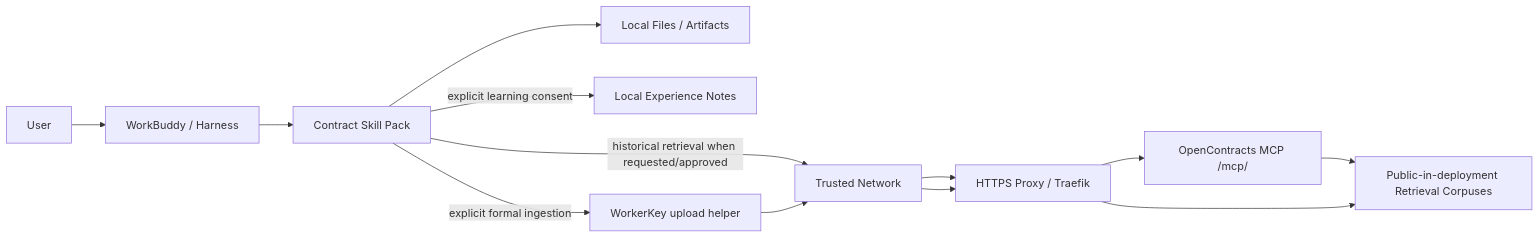
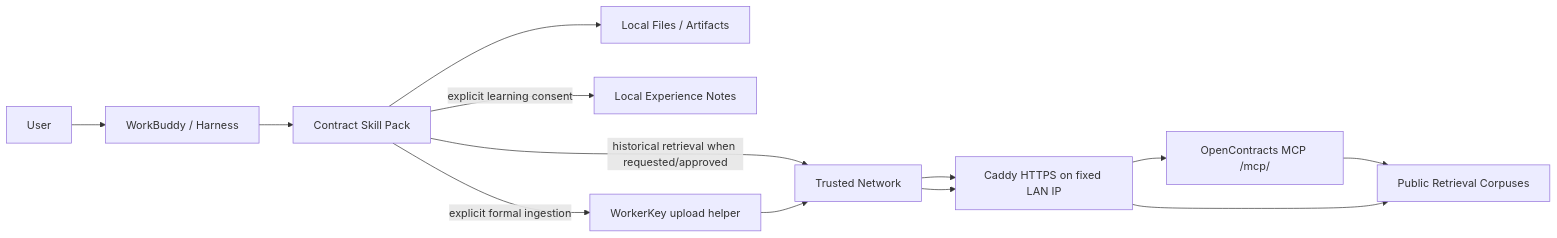
Before and after one commit to Ri0n72Y/ContractBotConfig: the diagram in docs/architecture/system-context.md, drawn with Mermaid. The commit also changed other lines of this file and 14 other files, not shown here.

Commit message:
docs: finalize fixed-IP Caddy deployment and remove stale refactor content

````diff
--- a/docs/architecture/system-context.md
+++ b/docs/architecture/system-context.md
@@ -11,19 +11,19 @@
 ```mermaid
 flowchart LR
     U[User]
     H[WorkBuddy / Harness]
     S[Contract Skill Pack]
     L[Local Files / Artifacts]
     E[Local Experience Notes]
     N[Trusted Network]
-    P[HTTPS Proxy / Traefik]
+    C[Caddy HTTPS on fixed LAN IP]
     M[OpenContracts MCP /mcp/]
-    R[Public-in-deployment Retrieval Corpuses]
+    R[Public Retrieval Corpuses]
     W[WorkerKey upload helper]
 
     U --> H --> S
     S --> L
-    S -->|historical retrieval when requested/approved| N --> P --> M --> R
-    S -->|explicit formal ingestion| W --> N --> P --> R
+    S -->|historical retrieval when requested/approved| N --> C --> M --> R
+    S -->|explicit formal ingestion| W --> N --> C --> R
     S -->|explicit learning consent| E
 ```
````
